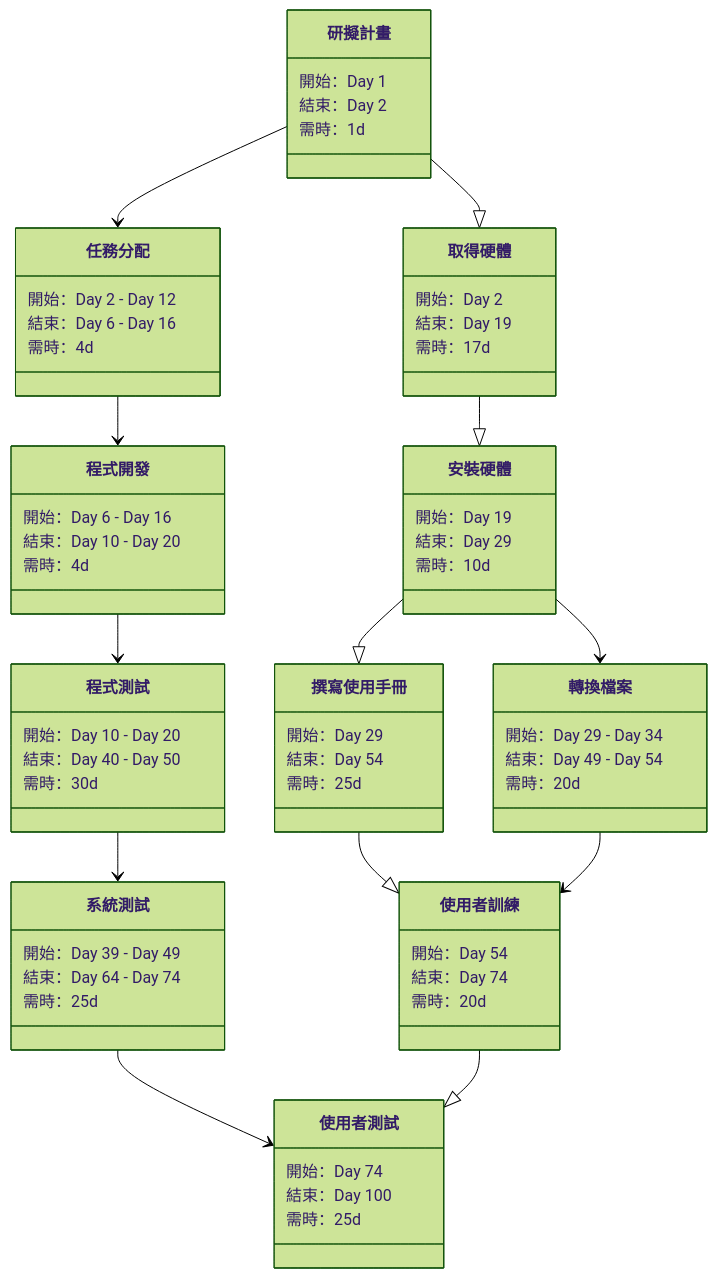
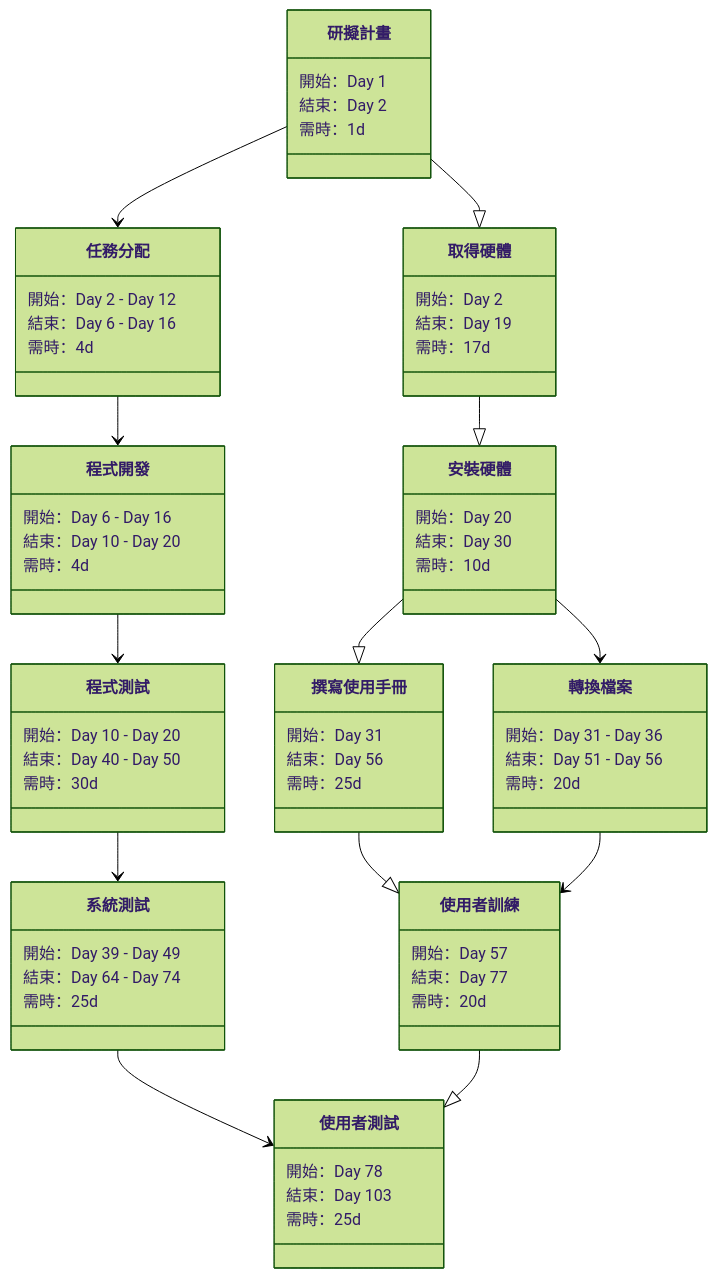
Before and after one commit to MoRedChen/2022-3a: the second of 2 diagrams in hw2.md, drawn with Mermaid (forest theme).

````diff
--- a/hw2.md
+++ b/hw2.md
@@ -41,60 +41,60 @@
 ```mermaid
 classDiagram
 
 研擬計畫 --> 任務分配
 研擬計畫 --|> 取得硬體
 任務分配 --> 程式開發
 取得硬體 --|> 安裝硬體
 程式開發 --> 程式測試
 安裝硬體 --|> 撰寫使用手冊
 安裝硬體 --> 轉換檔案
 程式測試 --> 系統測試
 撰寫使用手冊 --|> 使用者訓練
 轉換檔案 --> 使用者訓練
 系統測試 --> 使用者測試
 使用者訓練 --|> 使用者測試
 
 研擬計畫 : 開始：Day 1
 研擬計畫 : 結束：Day 2
 研擬計畫 : 需時：1d
 
 任務分配 : 開始：Day 2 - Day 12
 任務分配 : 結束：Day 6 - Day 16
 任務分配 : 需時：4d
 
 取得硬體 : 開始：Day 2
 取得硬體 : 結束：Day 19
 取得硬體 : 需時：17d
 
 程式開發 : 開始：Day 6 - Day 16
 程式開發 : 結束：Day 10 - Day 20
 程式開發 : 需時：4d
 
-安裝硬體 : 開始：Day 19
-安裝硬體 : 結束：Day 29
+安裝硬體 : 開始：Day 20
+安裝硬體 : 結束：Day 30
 安裝硬體 : 需時：10d
 
 程式測試 : 開始：Day 10 - Day 20
 程式測試 : 結束：Day 40 - Day 50
 程式測試 : 需時：30d
 
-撰寫使用手冊 : 開始：Day 29
-撰寫使用手冊 : 結束：Day 54
+撰寫使用手冊 : 開始：Day 31
+撰寫使用手冊 : 結束：Day 56
 撰寫使用手冊 : 需時：25d
 
-轉換檔案 : 開始：Day 29 - Day 34
-轉換檔案 : 結束：Day 49 - Day 54
+轉換檔案 : 開始：Day 31 - Day 36
+轉換檔案 : 結束：Day 51 - Day 56
 轉換檔案 : 需時：20d
 
 系統測試 : 開始：Day 39 - Day 49
 系統測試 : 結束：Day 64 - Day 74
 系統測試 : 需時：25d
 
-使用者訓練 : 開始：Day 54
-使用者訓練 : 結束：Day 74
+使用者訓練 : 開始：Day 57
+使用者訓練 : 結束：Day 77
 使用者訓練 : 需時：20d
 
-使用者測試 : 開始：Day 74
-使用者測試 : 結束：Day 100
+使用者測試 : 開始：Day 78
+使用者測試 : 結束：Day 103
 使用者測試 : 需時：25d
 ```
````
